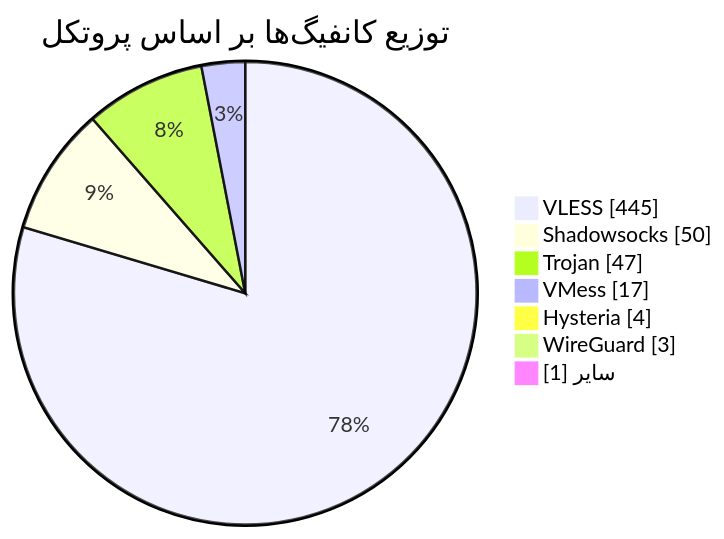
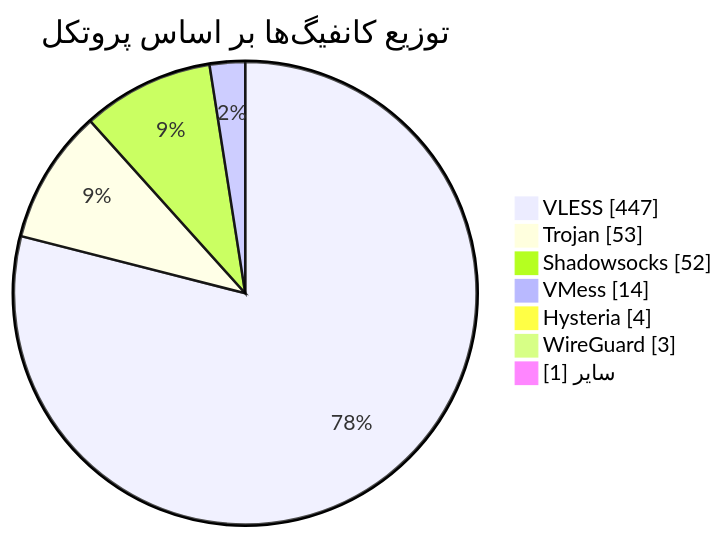
The diagram in README.md (Arian-Alijani/Somthing), drawn with Mermaid before and after one commit. The commit also changed other lines of this file and 15 other files, not shown here.

````diff
--- a/README.md
+++ b/README.md
@@ -49,11 +49,11 @@
 ```mermaid
 pie showData
     title توزیع کانفیگ‌ها بر اساس پروتکل
-    "VLESS" : 445
-    "Shadowsocks" : 50
-    "Trojan" : 47
-    "VMess" : 17
+    "VLESS" : 447
+    "Trojan" : 53
+    "Shadowsocks" : 52
+    "VMess" : 14
     "Hysteria" : 4
     "WireGuard" : 3
     "سایر" : 1
 ```
````
